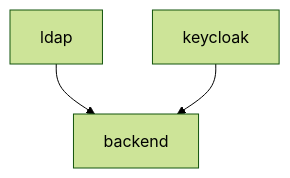
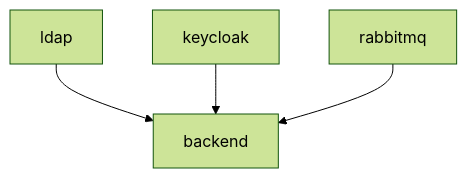
Before and after one commit to SciCatProject/scicatlive: the diagram in services/backend/README.md, drawn with Mermaid (forest theme). The commit also changed other lines of this file and 4 other files, not shown here.

````diff
--- a/services/backend/README.md
+++ b/services/backend/README.md
@@ -17,5 +19,6 @@
 ```mermaid
 graph TD
     ldap --> backend
     keycloak --> backend
+    rabbitmq --> backend
 ```
````
